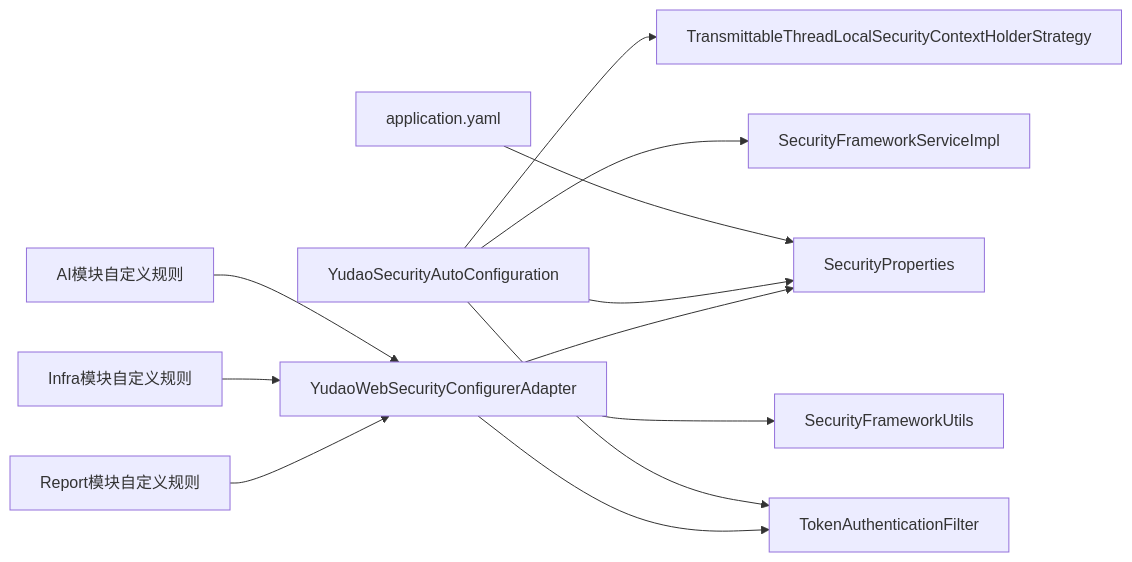
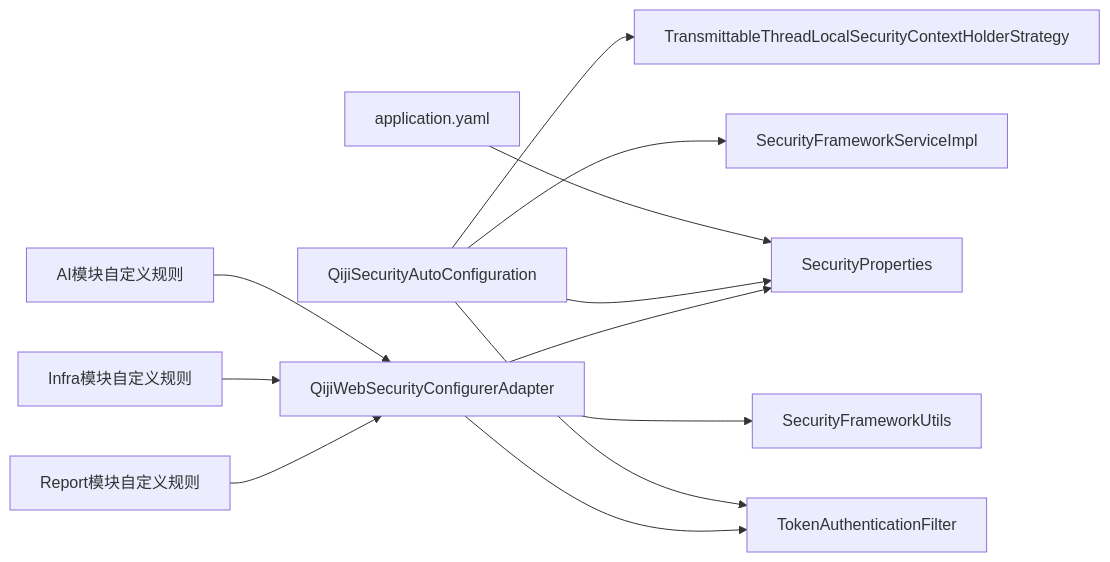
The seventh of 7 diagrams in backend/.qoder/repowiki/zh/content/安全与权限/安全配置管理.md (zhuangpengLI/AgenticCPS), drawn with Mermaid before and after one commit. The commit also changed other lines of this file and 3489 other files, not shown here.

````diff
--- a/backend/.qoder/repowiki/zh/content/安全与权限/安全配置管理.md
+++ b/backend/.qoder/repowiki/zh/content/安全与权限/安全配置管理.md
@@ -355,14 +355,14 @@
 ```mermaid
 graph LR
 APP["application.yaml"] --> SP["SecurityProperties"]
-ASA["YudaoSecurityAutoConfiguration"] --> SP
+ASA["QijiSecurityAutoConfiguration"] --> SP
 ASA --> TAF["TokenAuthenticationFilter"]
 ASA --> SFSI["SecurityFrameworkServiceImpl"]
 ASA --> STRAT["TransmittableThreadLocalSecurityContextHolderStrategy"]
-WSCA["YudaoWebSecurityConfigurerAdapter"] --> TAF
+WSCA["QijiWebSecurityConfigurerAdapter"] --> TAF
 WSCA --> SP
 WSCA --> SFU["SecurityFrameworkUtils"]
 AI["AI模块自定义规则"] --> WSCA
 INFRA["Infra模块自定义规则"] --> WSCA
 REPORT["Report模块自定义规则"] --> WSCA
 ```
````
